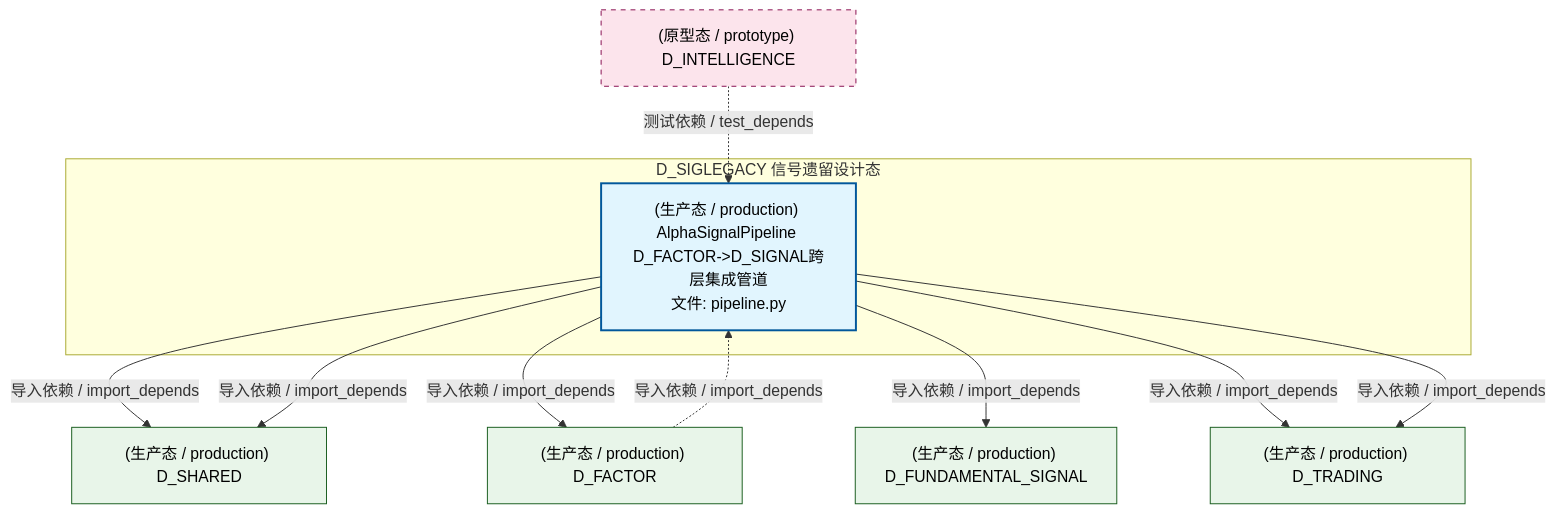
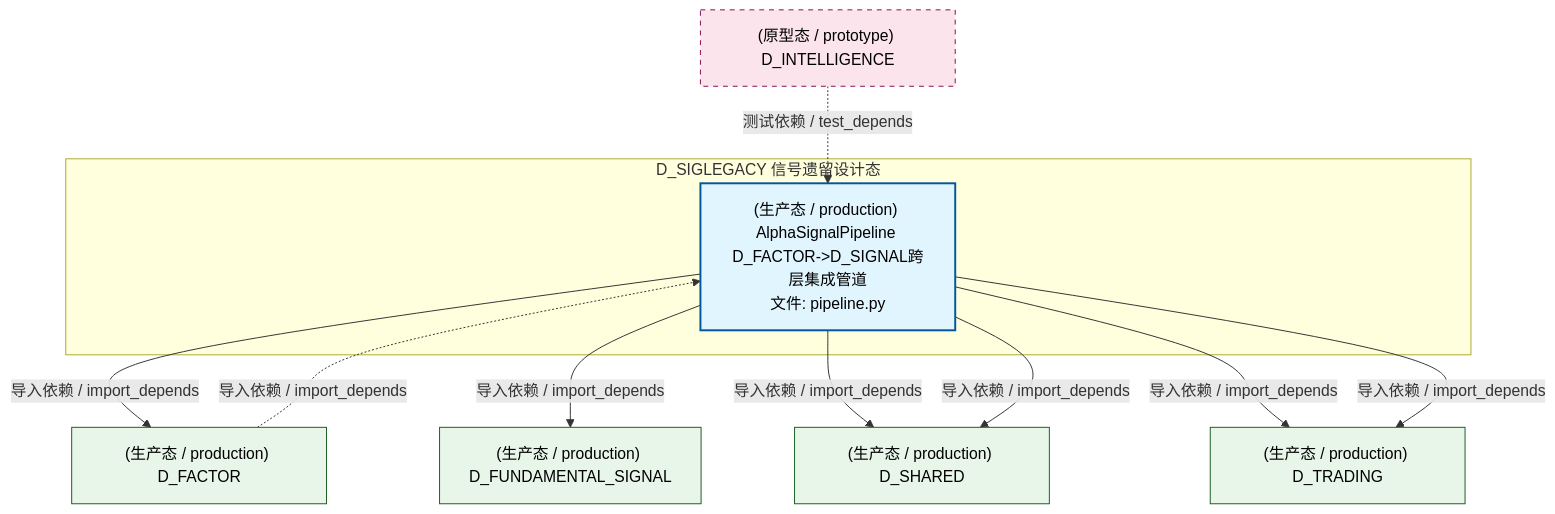
One commit to xuanFelixVan/ZephyrAlpha changed the second of 4 diagrams in docs/02_enterprise_architecture/02_domain_architecture_docs/63_d_siglegacy.md. Above: the diagram before and after it, drawn with Mermaid. The commit also changed other lines of this file and 124 other files, not shown here.

````diff
--- a/docs/02_enterprise_architecture/02_domain_architecture_docs/63_d_siglegacy.md
+++ b/docs/02_enterprise_architecture/02_domain_architecture_docs/63_d_siglegacy.md
@@ -138,26 +138,26 @@
 ```mermaid
 graph TD
     subgraph D_SIGLEGACY["D_SIGLEGACY 信号遗留设计态"]
         src_zephyr_signal_fundamental_pipeline_py["(生产态 / production) AlphaSignalPipeline D_FACTOR->D_SIGNAL跨层集成管道<br/>文件: pipeline.py"]
     end
-    D_SHARED["(生产态 / production) D_SHARED"]
-    src_zephyr_signal_fundamental_pipeline_py -->|导入依赖 / import_depends| D_SHARED
-    src_zephyr_signal_fundamental_pipeline_py -->|导入依赖 / import_depends| D_SHARED
     D_FACTOR["(生产态 / production) D_FACTOR"]
     src_zephyr_signal_fundamental_pipeline_py -->|导入依赖 / import_depends| D_FACTOR
     D_FUNDAMENTAL_SIGNAL["(生产态 / production) D_FUNDAMENTAL_SIGNAL"]
     src_zephyr_signal_fundamental_pipeline_py -->|导入依赖 / import_depends| D_FUNDAMENTAL_SIGNAL
+    D_SHARED["(生产态 / production) D_SHARED"]
+    src_zephyr_signal_fundamental_pipeline_py -->|导入依赖 / import_depends| D_SHARED
     D_TRADING["(生产态 / production) D_TRADING"]
     src_zephyr_signal_fundamental_pipeline_py -->|导入依赖 / import_depends| D_TRADING
     src_zephyr_signal_fundamental_pipeline_py -->|导入依赖 / import_depends| D_TRADING
+    src_zephyr_signal_fundamental_pipeline_py -->|导入依赖 / import_depends| D_SHARED
     D_FACTOR -.->|导入依赖 / import_depends| src_zephyr_signal_fundamental_pipeline_py
     D_INTELLIGENCE["(原型态 / prototype) D_INTELLIGENCE"]
     D_INTELLIGENCE -.->|测试依赖 / test_depends| src_zephyr_signal_fundamental_pipeline_py
     classDef production fill:#e1f5fe,stroke:#01579b,stroke-width:2px,color:#000
     classDef design fill:#fff3e0,stroke:#e65100,stroke-width:2px,color:#000,stroke-dasharray: 5 5
     classDef external_prod fill:#e8f5e9,stroke:#1b5e20,stroke-width:1px,color:#000
     classDef external_design fill:#fce4ec,stroke:#880e4f,stroke-width:1px,color:#000,stroke-dasharray: 5 5
     class src_zephyr_signal_fundamental_pipeline_py production
-    class D_SHARED,D_FACTOR,D_FUNDAMENTAL_SIGNAL,D_TRADING external_prod
+    class D_FACTOR,D_FUNDAMENTAL_SIGNAL,D_SHARED,D_TRADING external_prod
     class D_INTELLIGENCE external_design
 ```
````
